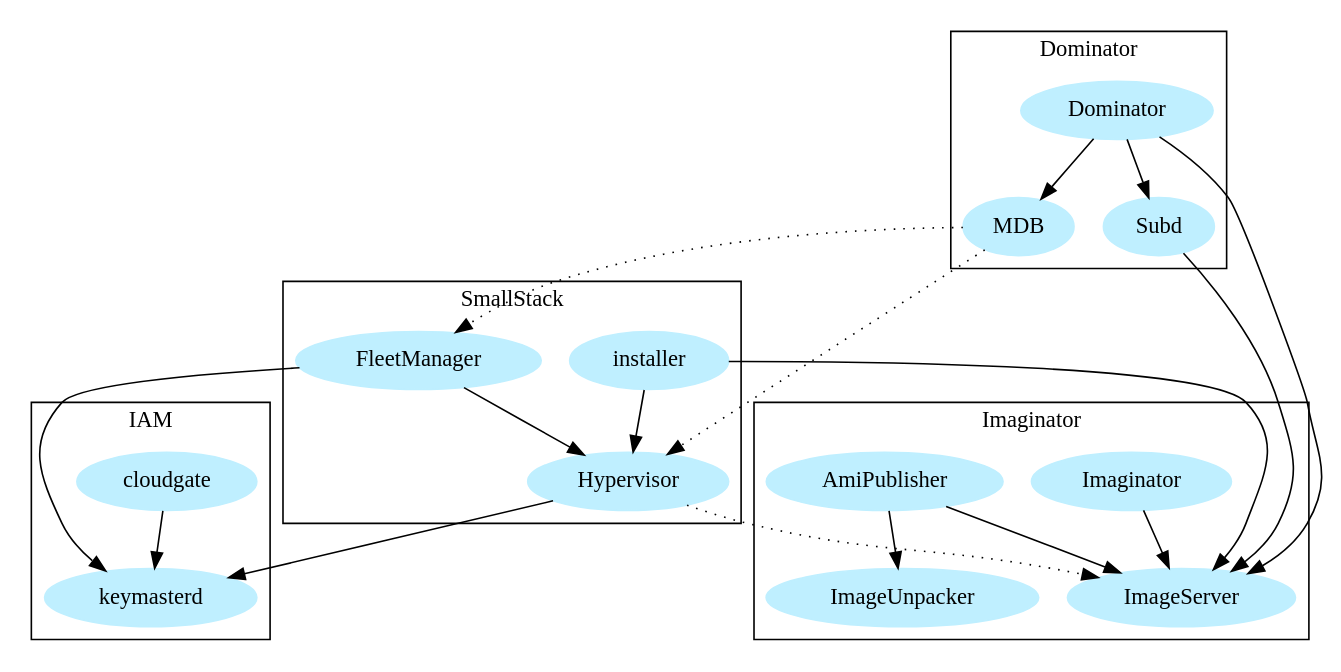
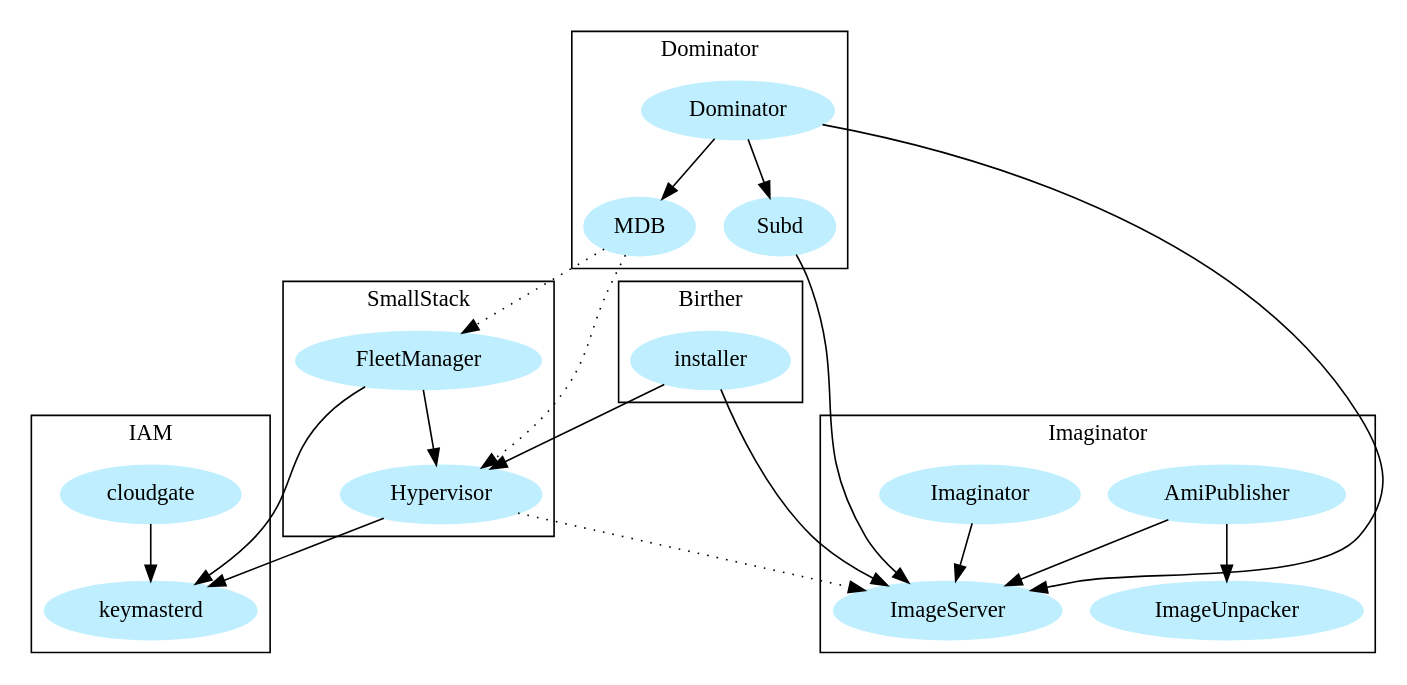
Before and after one commit to Cloud-Foundations/website: the diagram in images/daemon-relationships.dot, drawn with Graphviz.

Commit message:
Group installer into new Birther box.

```diff
--- a/images/daemon-relationships.dot
+++ b/images/daemon-relationships.dot
@@ -1,41 +1,44 @@
 digraph G {
    node [style=filled,color=lightblue1];
    fillcolor= "blue"
    subgraph cluster3 {
       keymasterd [URL="https://github.com/Cloud-Foundations/keymaster/blob/master/README.md"]
       cloudgate [URL="https://github.com/Cloud-Foundations/cloud-gate/blob/master/README.md"]
       cloudgate -> keymasterd
       label = IAM
    }
    subgraph cluster0 {
    ImageServer [URL="https://github.com/Cloud-Foundations/Dominator/blob/master/cmd/imageserver/README.md"]
    Imaginator [URL="https://github.com/Cloud-Foundations/Dominator/blob/master/cmd/imaginator/README.md"]
    Imaginator -> ImageServer
    AmiPublisher -> ImageServer
    AmiPublisher -> ImageUnpacker
       label =  Imaginator
    }
    subgraph cluster1 {
    Dominator [URL="https://github.com/Cloud-Foundations/Dominator/blob/master/user-guide/README.md"]
    MDB [URL="https://github.com/Cloud-Foundations/Dominator/blob/master/cmd/mdbd/README.md"]
    Subd [URL="https://github.com/Cloud-Foundations/Dominator/blob/master/cmd/subd/README.md"]
    Dominator -> MDB
    Dominator -> Subd
    Dominator -> ImageServer
    Subd -> ImageServer
     label =  Dominator
    }
    subgraph cluster2 {
      Hypervisor [URL="https://github.com/Cloud-Foundations/Dominator/blob/master/cmd/hypervisor/README.md"]
      FleetManager [URL="https://github.com/Cloud-Foundations/Dominator/blob/master/cmd/fleet-manager/README.md"]
      FleetManager -> Hypervisor
      Hypervisor -> ImageServer [style=dotted];
-     installer-> Hypervisor
-     installer -> ImageServer
      FleetManager -> keymasterd
      Hypervisor -> keymasterd
      label = SmallStack
    }
+   subgraph cluster4 {
+     installer-> Hypervisor
+     installer -> ImageServer
+     label = Birther
+   }
    MDB -> FleetManager [style=dotted];   
    MDB -> Hypervisor [style=dotted];
 }
```
